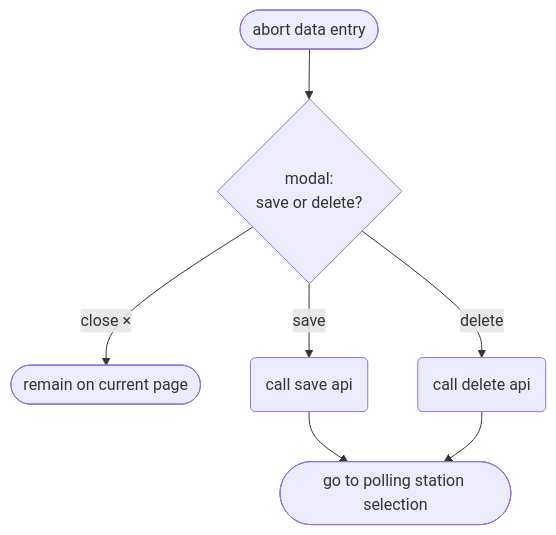
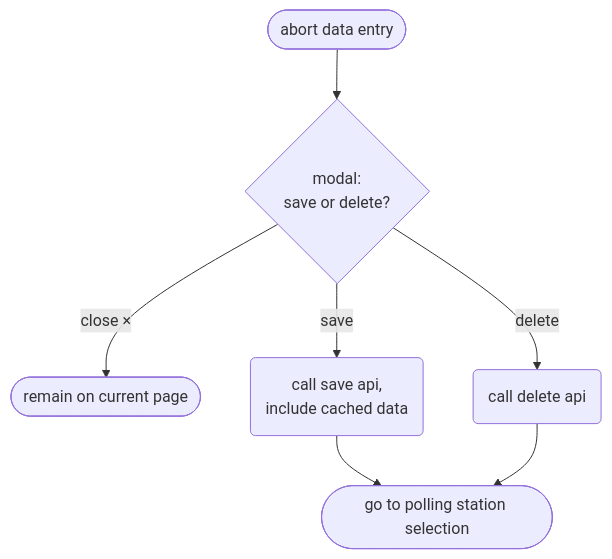
Before and after one commit to kiesraad/abacus: the fifth of 5 diagrams in documentatie/flowcharts/data-entry-forms.md, drawn with Mermaid.

Commit message:
Clarify that cached data should be saved on abort

````diff
--- a/documentatie/flowcharts/data-entry-forms.md
+++ b/documentatie/flowcharts/data-entry-forms.md
@@ -215,22 +215,22 @@
 ```mermaid
 flowchart TD
     %% start
     flow-start([abort data entry])
     
     %% end
     go-to-page([go to polling station selection])
     remain-on-page([remain on current page])
 
     %% steps
     modal{"modal: <br/> save or delete?"}
-    call-save-api(call save api)
+    call-save-api(call save api, <br/> include cached data)
     call-delete-api(call delete api)
 
     %% flow
     flow-start --> modal
     modal -- save --> call-save-api
     modal -- delete --> call-delete-api
     modal -- close × --> remain-on-page
     call-save-api --> go-to-page
     call-delete-api --> go-to-page
 ```
````
